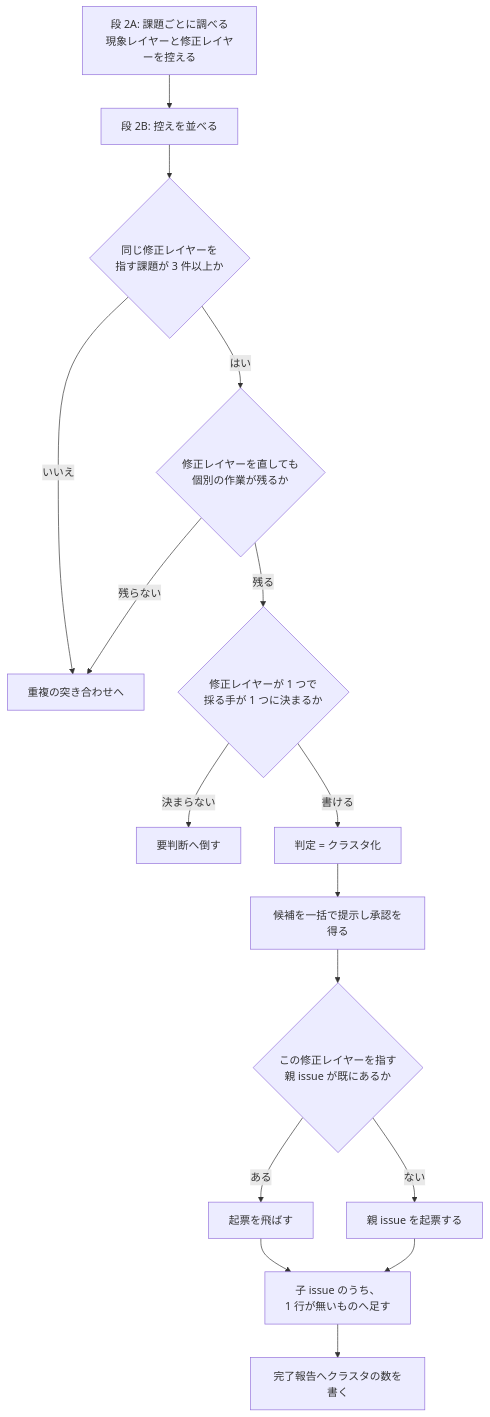
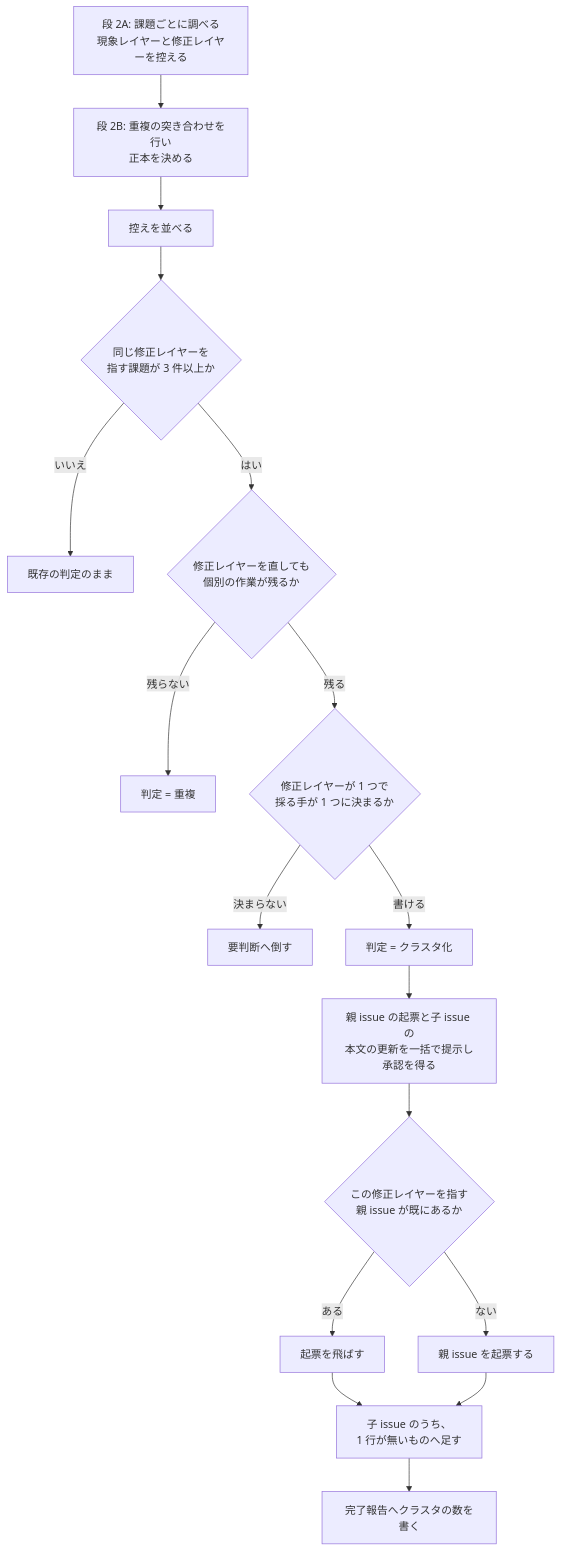
One commit to devbasex/ai-plugins changed the first of 3 diagrams in issues/issue-712-713-design.md. Above: the diagram before and after it, drawn with Mermaid. The commit also changed other lines of this file and 2 other files, not shown here.

````diff
--- a/issues/issue-712-713-design.md
+++ b/issues/issue-712-713-design.md
@@ -187,18 +199,19 @@
 ```mermaid
 flowchart TD
-    A["段 2A: 課題ごとに調べる<br/>現象レイヤーと修正レイヤーを控える"] --> B["段 2B: 控えを並べる"]
+    A["段 2A: 課題ごとに調べる<br/>現象レイヤーと修正レイヤーを控える"] --> B0["段 2B: 重複の突き合わせを行い<br/>正本を決める"]
+    B0 --> B["控えを並べる"]
     B --> C{"同じ修正レイヤーを<br/>指す課題が 3 件以上か"}
-    C -->|いいえ| D["重複の突き合わせへ"]
+    C -->|いいえ| D["既存の判定のまま"]
     C -->|はい| E{"修正レイヤーを直しても<br/>個別の作業が残るか"}
-    E -->|残らない| D
+    E -->|残らない| D2["判定 = 重複"]
     E -->|残る| F{"修正レイヤーが 1 つで<br/>採る手が 1 つに決まるか"}
     F -->|決まらない| G["要判断へ倒す"]
     F -->|書ける| H["判定 = クラスタ化"]
-    H --> I["候補を一括で提示し承認を得る"]
+    H --> I["親 issue の起票と子 issue の<br/>本文の更新を一括で提示し承認を得る"]
     I --> J{"この修正レイヤーを指す<br/>親 issue が既にあるか"}
     J -->|ある| K["起票を飛ばす"]
     J -->|ない| L["親 issue を起票する"]
     K --> M["子 issue のうち、<br/>1 行が無いものへ足す"]
     L --> M
     M --> N["完了報告へクラスタの数を書く"]
 ```
````
